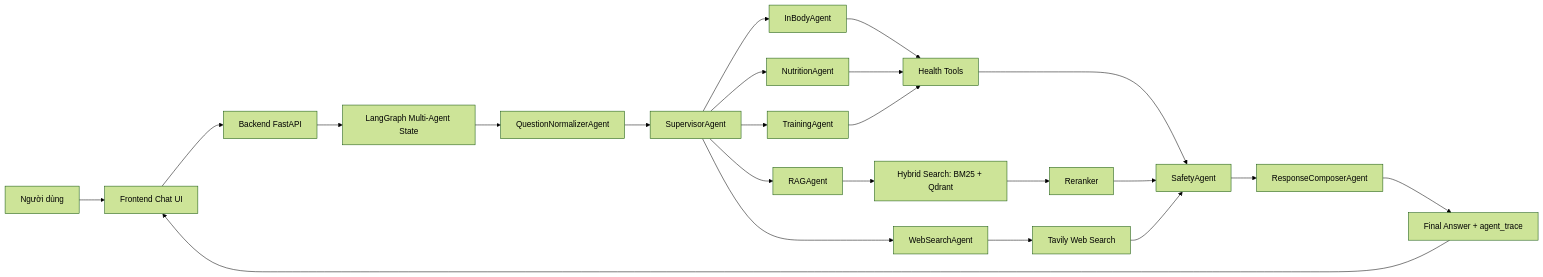
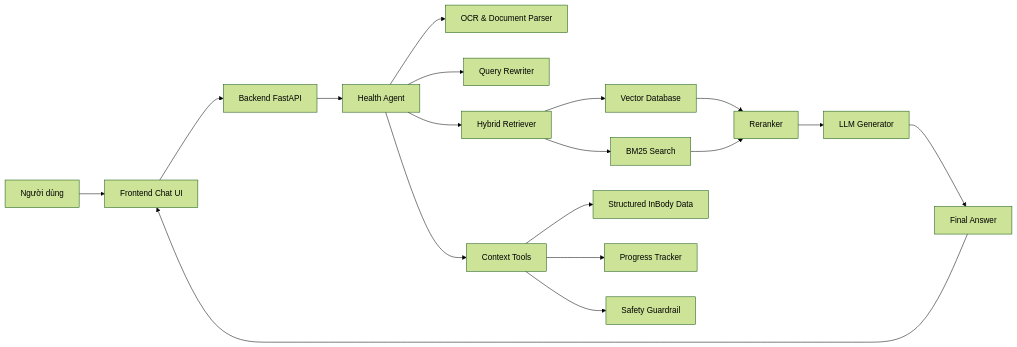
One commit to duonyyy/Health-InBody-Agent-RAG changed the diagram in README.md. Above: the diagram before and after it, drawn with Mermaid (forest theme). The commit also changed other lines of this file and 21 other files, not shown here.

First line of the commit message:
Revert "Merge pull request #1 from duonyyy/codex-multi-agent-rag-mvp"

````diff
--- a/README.md
+++ b/README.md
@@ -57,25 +55,20 @@
 ```mermaid
 flowchart LR
     A[Người dùng] --> B[Frontend Chat UI]
     B --> C[Backend FastAPI]
-    C --> D[LangGraph Multi-Agent State]
-    D --> E[QuestionNormalizerAgent]
-    E --> F[SupervisorAgent]
-    F --> G[InBodyAgent]
-    F --> H[RAGAgent]
-    F --> I[NutritionAgent]
-    F --> J[TrainingAgent]
-    F --> K[WebSearchAgent]
-    G --> L[Health Tools]
-    I --> L
-    J --> L
-    H --> M[Hybrid Search: BM25 + Qdrant]
-    M --> N[Reranker]
-    K --> O[Tavily Web Search]
-    L --> P[SafetyAgent]
-    N --> P
-    O --> P
-    P --> Q[ResponseComposerAgent]
-    Q --> R[Final Answer + agent_trace]
-    R --> B
+    C --> D[Health Agent]
+    D --> E[OCR & Document Parser]
+    D --> F[Query Rewriter]
+    D --> G[Hybrid Retriever]
+    G --> H[Vector Database]
+    G --> I[BM25 Search]
+    H --> J[Reranker]
+    I --> J
+    J --> K[LLM Generator]
+    D --> L[Context Tools]
+    L --> M[Structured InBody Data]
+    L --> N[Progress Tracker]
+    L --> O[Safety Guardrail]
+    K --> P[Final Answer]
+    P --> B
 ```
````
